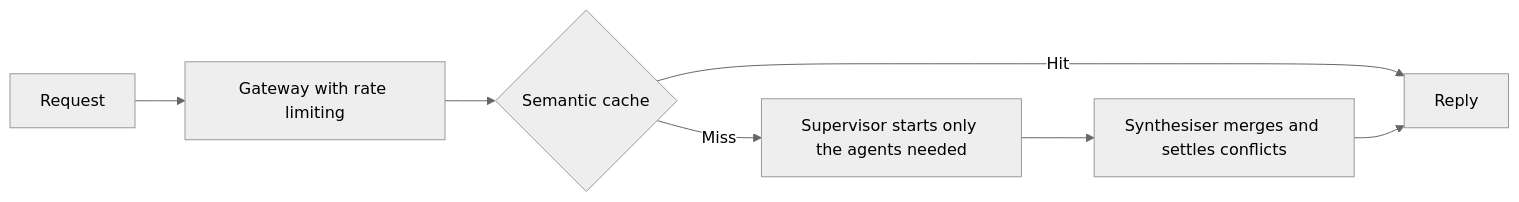
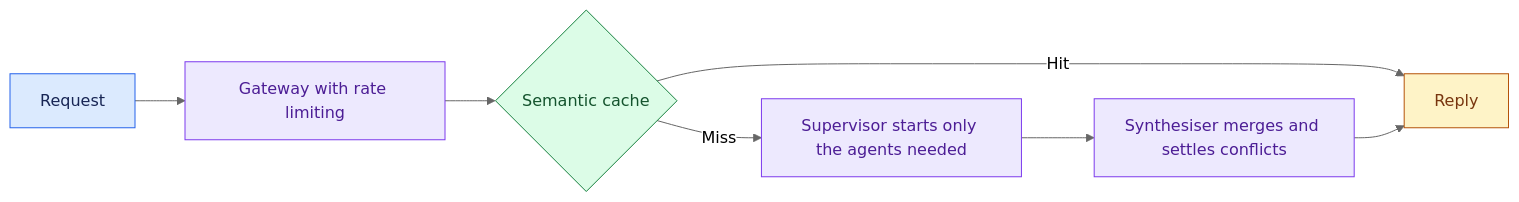
Before and after one commit to Sourav692/Forward-Deployed-Engineer-Interview-Prep: the diagram in site/case-pages/travel-agent-worked-example/introduction.md, drawn with Mermaid (neutral theme). The commit also changed 1268 other files, not shown here.

First line of the commit message:
content: polish Casebook writing and Mermaid diagrams (#251)

````diff
--- a/site/case-pages/travel-agent-worked-example/introduction.md
+++ b/site/case-pages/travel-agent-worked-example/introduction.md
@@ -15,9 +15,19 @@
 ```mermaid
 flowchart LR
   A[Request] --> B[Gateway with rate limiting]
   B --> C{Semantic cache}
   C -->|Hit| F[Reply]
   C -->|Miss| D[Supervisor starts only the agents needed]
   D --> E[Synthesiser merges and settles conflicts]
   E --> F
+
+    %% Casebook colours: entry, reasoning, results, controls, and stopped paths.
+    classDef cbInput fill:#dbeafe,stroke:#2563eb,color:#172554
+    class A cbInput
+    classDef cbReason fill:#ede9fe,stroke:#7c3aed,color:#4c1d95
+    class B,D,E cbReason
+    classDef cbAction fill:#dcfce7,stroke:#15803d,color:#14532d
+    class C cbAction
+    classDef cbPolicy fill:#fef3c7,stroke:#b45309,color:#78350f
+    class F cbPolicy
 ```
````
